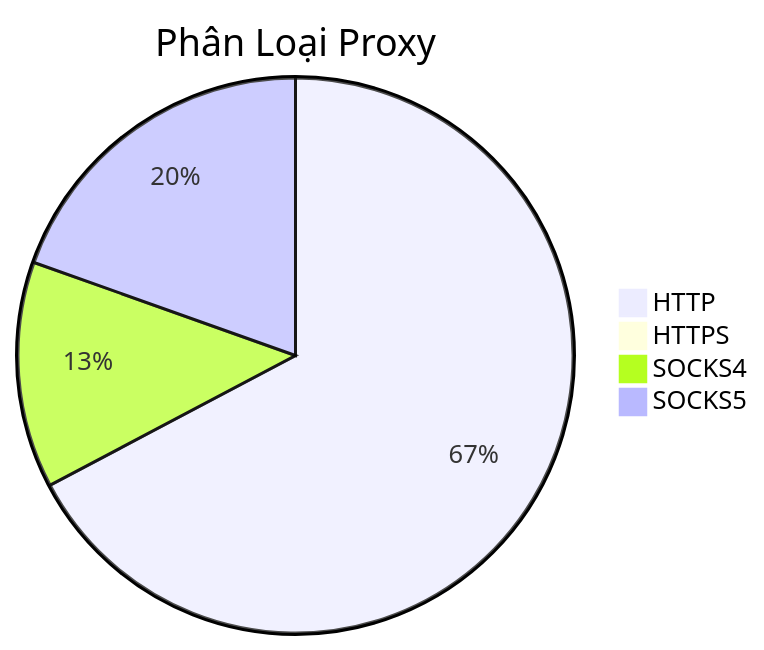
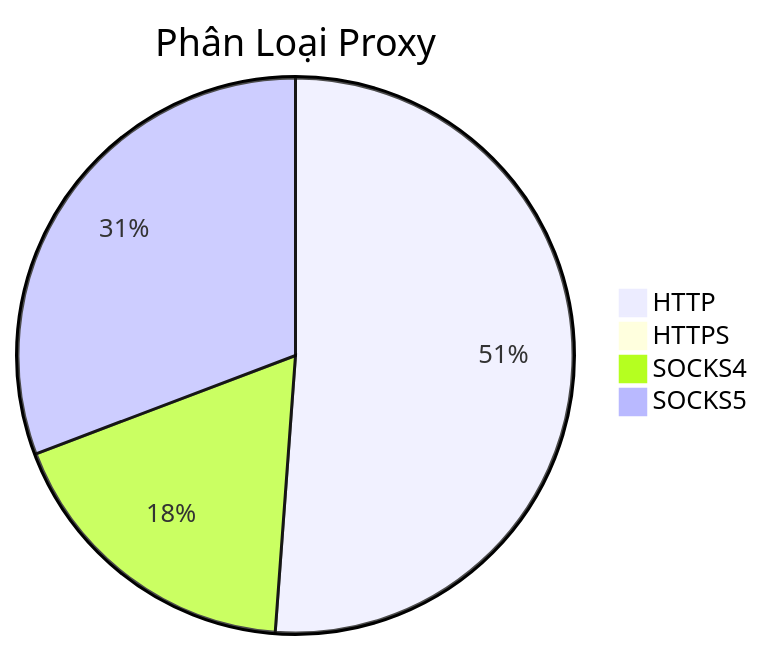
One commit to Ciara-12/PROXY-free changed the diagram in README.md. Above: the diagram before and after it, drawn with Mermaid. The commit also changed other lines of this file and 4 other files, not shown here.

````diff
--- a/README.md
+++ b/README.md
@@ -26,7 +26,7 @@
 ```mermaid
 pie title Phân Loại Proxy
-    "HTTP" : 1128
-    "HTTPS" : 3
-    "SOCKS4" : 221
-    "SOCKS5" : 328
+    "HTTP" : 637
+    "HTTPS" : 0
+    "SOCKS4" : 225
+    "SOCKS5" : 383
 ```
````
